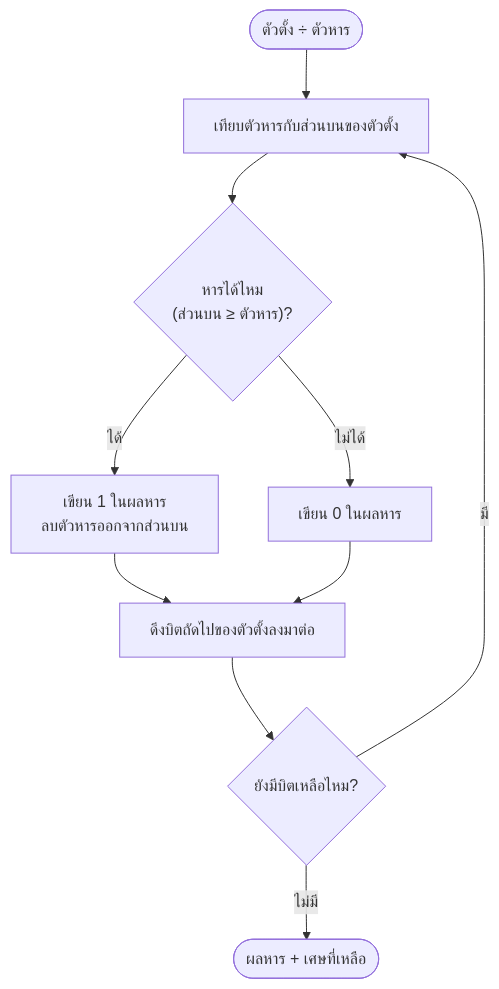
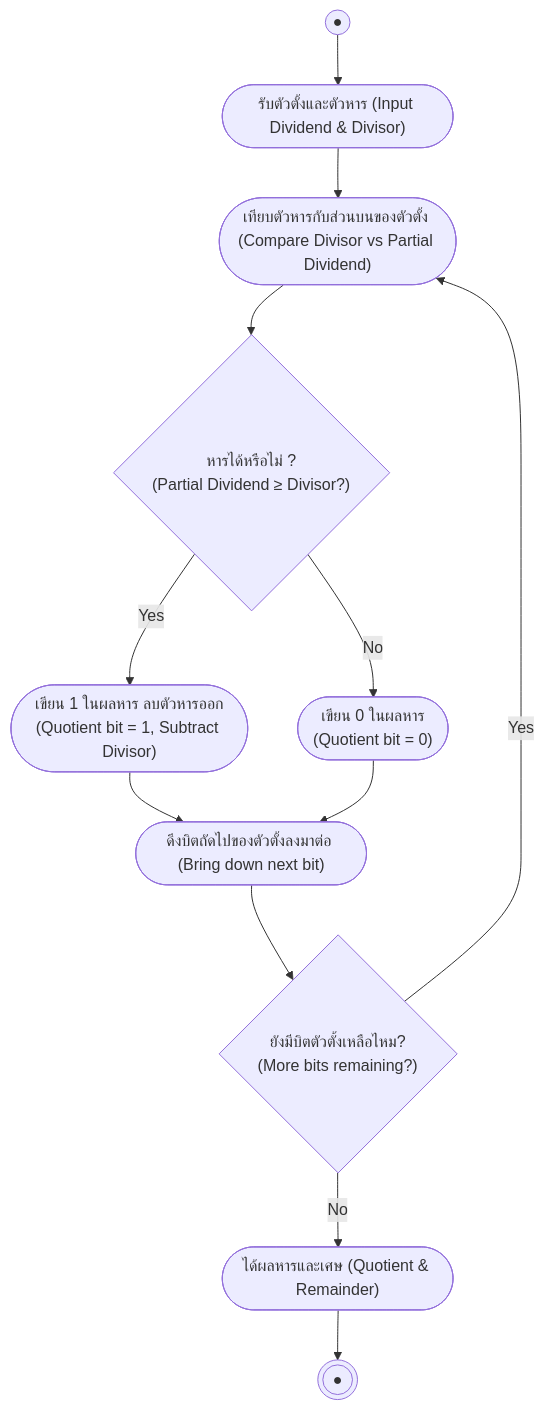
One commit to PhuriphatTyPeZ3r0/Course-1322201-Digital-Logic-Design-2026 changed the second of 2 diagrams in 01_Lectures/Week1/Binary-Multiply-Divide.md. Above: the diagram before and after it, drawn with Mermaid. The commit also changed other lines of this file and 18 other files, not shown here.

Commit message:
refactor: standardize diagrams to UML specifications across notes and templates

````diff
--- a/01_Lectures/Week1/Binary-Multiply-Divide.md
+++ b/01_Lectures/Week1/Binary-Multiply-Divide.md
@@ -52,12 +54,14 @@
 ```mermaid
 flowchart TD
-    Start(["ตัวตั้ง ÷ ตัวหาร"]) --> Compare["เทียบตัวหารกับส่วนบนของตัวตั้ง"]
-    Compare --> Enough{"หารได้ไหม<br/>(ส่วนบน ≥ ตัวหาร)?"}
-    Enough -->|"ได้"| One["เขียน 1 ในผลหาร<br/>ลบตัวหารออกจากส่วนบน"]
-    Enough -->|"ไม่ได้"| ZeroQ["เขียน 0 ในผลหาร"]
-    One --> Bring["ดึงบิตถัดไปของตัวตั้งลงมาต่อ"]
+    Start((●)) --> Init(["รับตัวตั้งและตัวหาร (Input Dividend & Divisor)"])
+    Init --> Compare(["เทียบตัวหารกับส่วนบนของตัวตั้ง (Compare Divisor vs Partial Dividend)"])
+    Compare --> Enough{"หารได้หรือไม่ ?<br/>(Partial Dividend ≥ Divisor?)"}
+    Enough -->|Yes| One(["เขียน 1 ในผลหาร ลบตัวหารออก<br/>(Quotient bit = 1, Subtract Divisor)"])
+    Enough -->|No| ZeroQ(["เขียน 0 ในผลหาร<br/>(Quotient bit = 0)"])
+    One --> Bring(["ดึงบิตถัดไปของตัวตั้งลงมาต่อ (Bring down next bit)"])
     ZeroQ --> Bring
-    Bring --> More{"ยังมีบิตเหลือไหม?"}
-    More -->|มี| Compare
-    More -->|ไม่มี| Done(["ผลหาร + เศษที่เหลือ"])
+    Bring --> More{"ยังมีบิตตัวตั้งเหลือไหม?<br/>(More bits remaining?)"}
+    More -->|Yes| Compare
+    More -->|No| Done(["ได้ผลหารและเศษ (Quotient & Remainder)"])
+    Done --> Stop(((●)))
 ```
````
